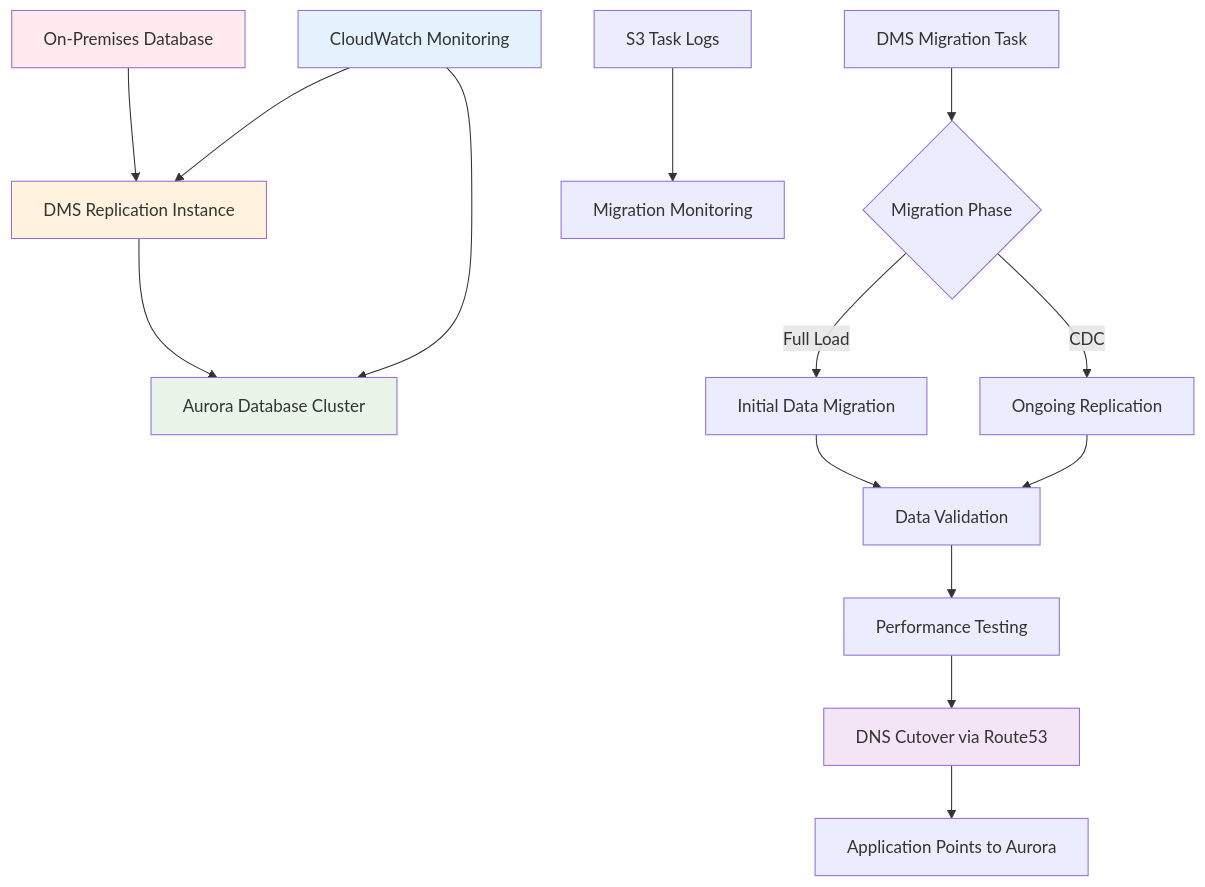
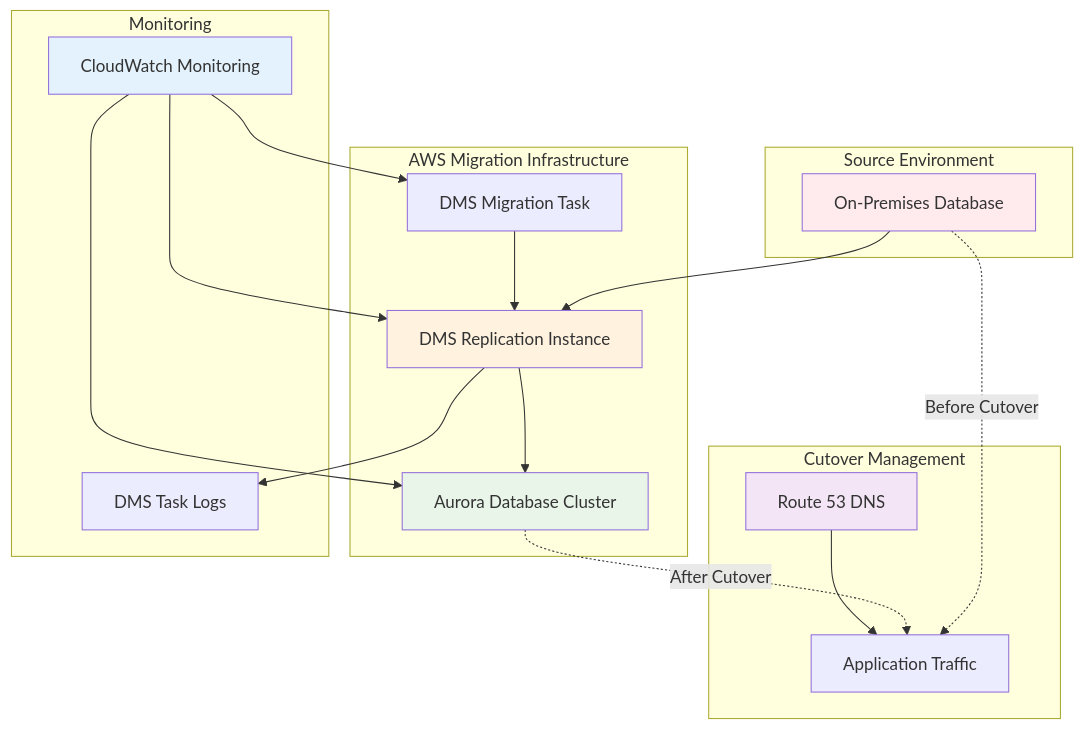
The diagram in aws/aurora-migration-minimal-downtime/aurora-migration-minimal-downtime.md (mzazon/awesome-cloud-projects), drawn with Mermaid before and after one commit. The commit also changed other lines of this file and 5581 other files, not shown here.

````diff
--- a/aws/aurora-migration-minimal-downtime/aurora-migration-minimal-downtime.md
+++ b/aws/aurora-migration-minimal-downtime/aurora-migration-minimal-downtime.md
@@ -28,23 +30,41 @@
 ```mermaid
-graph TD
-    A[On-Premises Database] --> B[DMS Replication Instance]
-    B --> C[Aurora Database Cluster]
-    D[DMS Migration Task] --> E{Migration Phase}
-    E -->|Full Load| F[Initial Data Migration]
-    E -->|CDC| G[Ongoing Replication]
-    F --> H[Data Validation]
-    G --> H
-    H --> I[Performance Testing]
-    I --> J[DNS Cutover via Route53]
-    J --> K[Application Points to Aurora]
+graph TB
+    subgraph "Source Environment"
+        A[On-Premises Database]
+    end
     
-    L[CloudWatch Monitoring] --> B
+    subgraph "AWS Migration Infrastructure"
+        B[DMS Replication Instance]
+        C[Aurora Database Cluster]
+        D[DMS Migration Task]
+    end
+    
+    subgraph "Cutover Management"
+        J[Route 53 DNS]
+        K[Application Traffic]
+    end
+    
+    subgraph "Monitoring"
+        L[CloudWatch Monitoring]
+        M[DMS Task Logs]
+    end
+    
+    A --> B
+    B --> C
+    D --> B
+    
+    A -.->|Before Cutover| K
+    C -.->|After Cutover| K
+    J --> K
+    
+    L --> B
     L --> C
-    M[S3 Task Logs] --> N[Migration Monitoring]
+    L --> D
+    B --> M
     
     style A fill:#ffebee
     style C fill:#e8f5e8
     style B fill:#fff3e0
     style J fill:#f3e5f5
     style L fill:#e3f2fd
 ```
````
